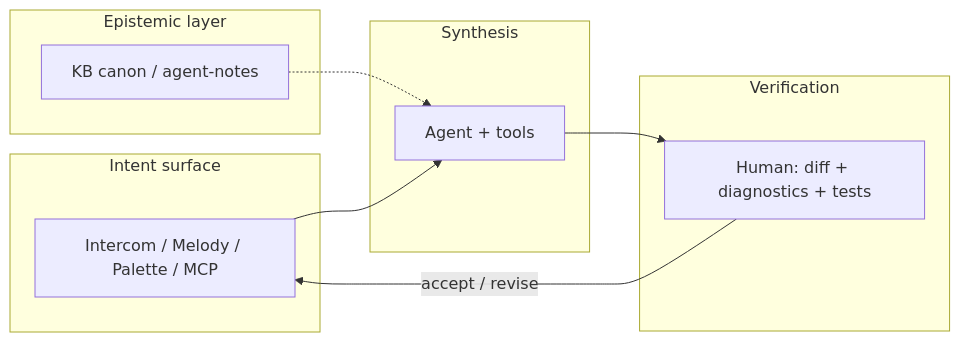
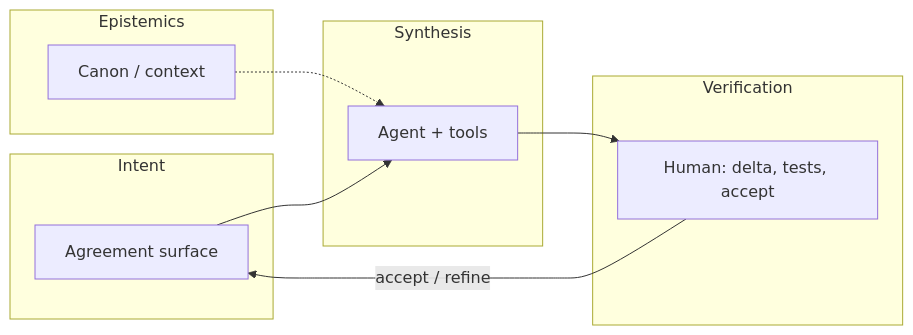
Before and after one commit to AI-Guiders/cascade-ide: the diagram in docs/en/iop-manifest-v1.md, drawn with Mermaid. The commit also changed other lines of this file and 4 other files, not shown here.

````diff
--- a/docs/en/iop-manifest-v1.md
+++ b/docs/en/iop-manifest-v1.md
@@ -133,19 +92,19 @@
 ```mermaid
 flowchart LR
-  subgraph intent ["Intent surface"]
-    I["Intercom / Melody / Palette / MCP"]
+  subgraph intent ["Intent"]
+    I["Agreement surface"]
   end
   subgraph synth ["Synthesis"]
     A["Agent + tools"]
   end
   subgraph verify ["Verification"]
-    H["Human: diff + diagnostics + tests"]
+    H["Human: delta, tests, accept"]
   end
-  subgraph knowledge ["Epistemic layer"]
-    K["KB canon / agent-notes"]
+  subgraph knowledge ["Epistemics"]
+    K["Canon / context"]
   end
   I --> A
   K -.-> A
   A --> H
-  H -->|"accept / revise"| I
+  H -->|"accept / refine"| I
 ```
````
